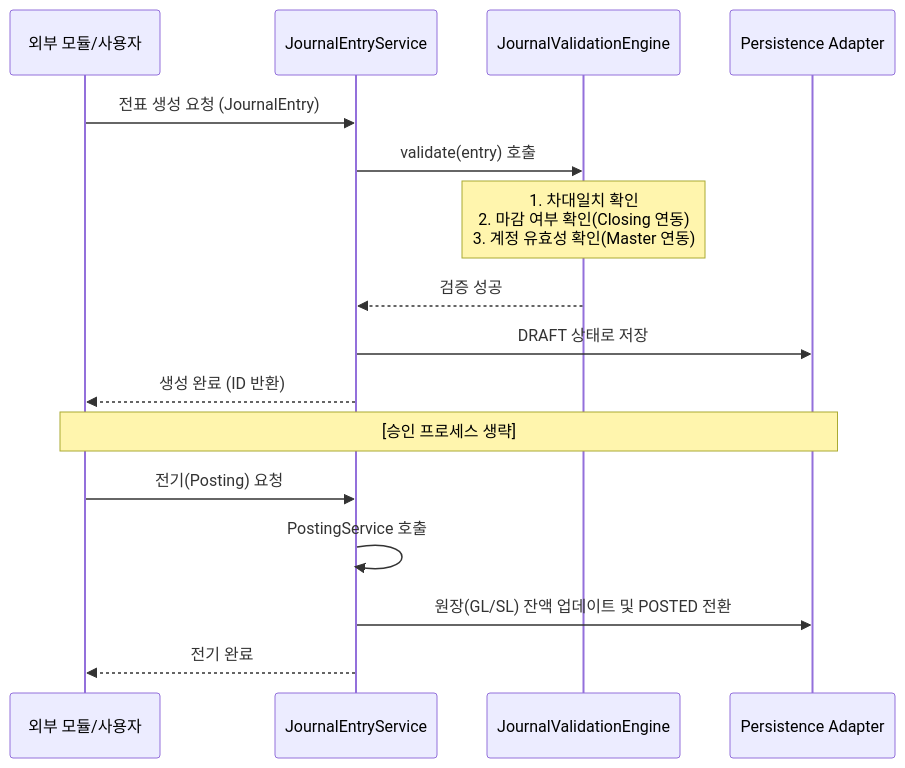
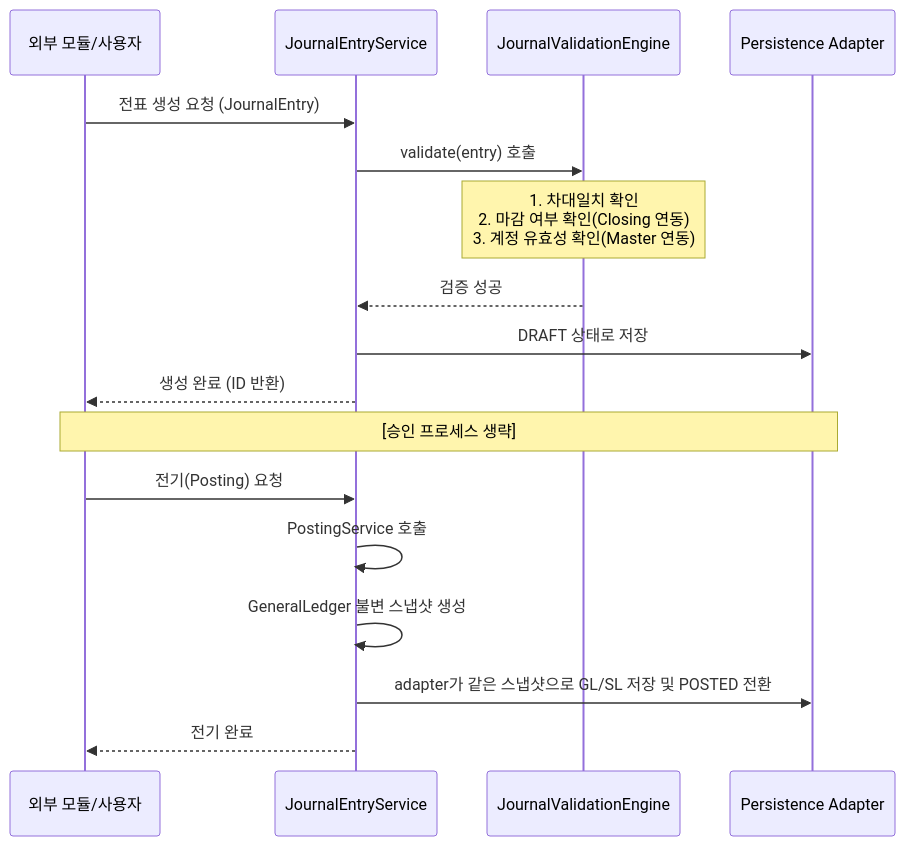
Before and after one commit to skyg547/account: the first of 3 diagrams in journal-ledger/README.md, drawn with Mermaid. The commit also changed other lines of this file and 43 other files, not shown here.

Commit message:
feat(journal-ledger): model general ledger aggregate

````diff
--- a/journal-ledger/README.md
+++ b/journal-ledger/README.md
@@ -28,21 +34,22 @@
 ```mermaid
 sequenceDiagram
     participant App as 외부 모듈/사용자
     participant Service as JournalEntryService
     participant Engine as JournalValidationEngine
     participant DB as Persistence Adapter
 
     App->>Service: 전표 생성 요청 (JournalEntry)
     Service->>Engine: validate(entry) 호출
     Note over Engine: 1. 차대일치 확인<br/>2. 마감 여부 확인(Closing 연동)<br/>3. 계정 유효성 확인(Master 연동)
     Engine-->>Service: 검증 성공
     Service->>DB: DRAFT 상태로 저장
     Service-->>App: 생성 완료 (ID 반환)
 
     Note over App, DB: [승인 프로세스 생략]
 
     App->>Service: 전기(Posting) 요청
     Service->>Service: PostingService 호출
-    Service->>DB: 원장(GL/SL) 잔액 업데이트 및 POSTED 전환
+    Service->>Service: GeneralLedger 불변 스냅샷 생성
+    Service->>DB: adapter가 같은 스냅샷으로 GL/SL 저장 및 POSTED 전환
     Service-->>App: 전기 완료
 ```
````
